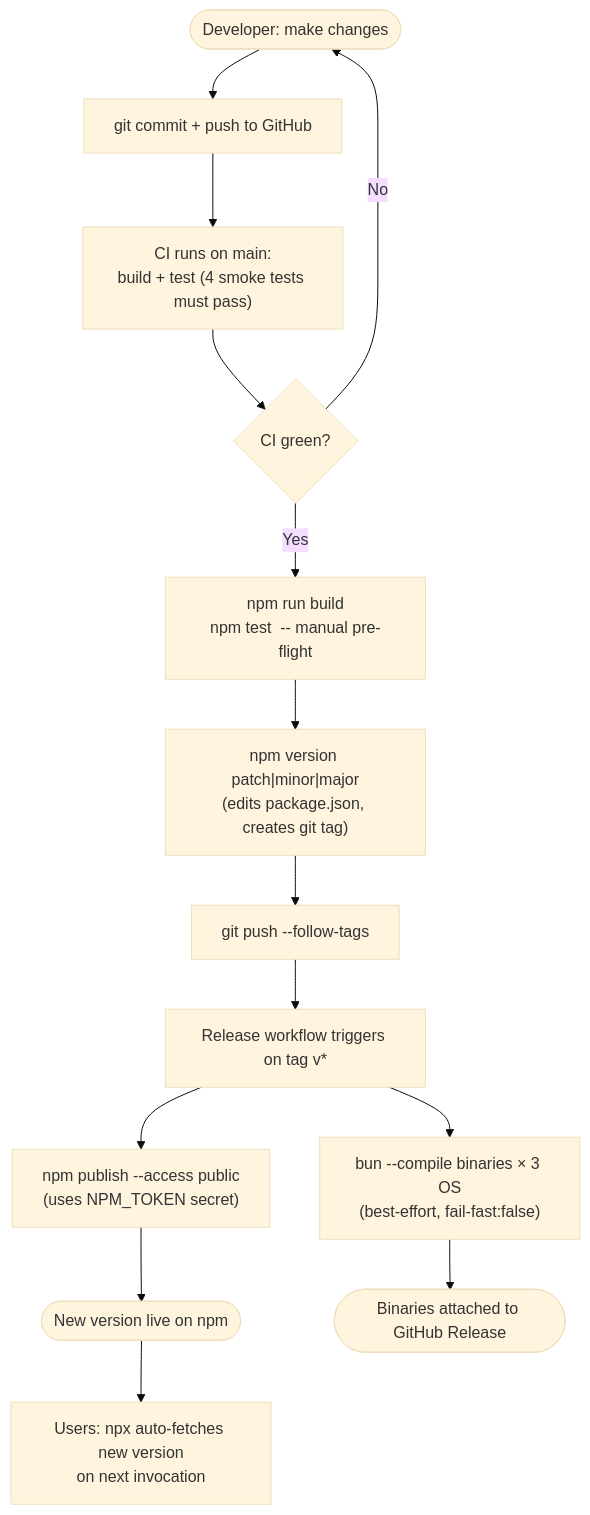
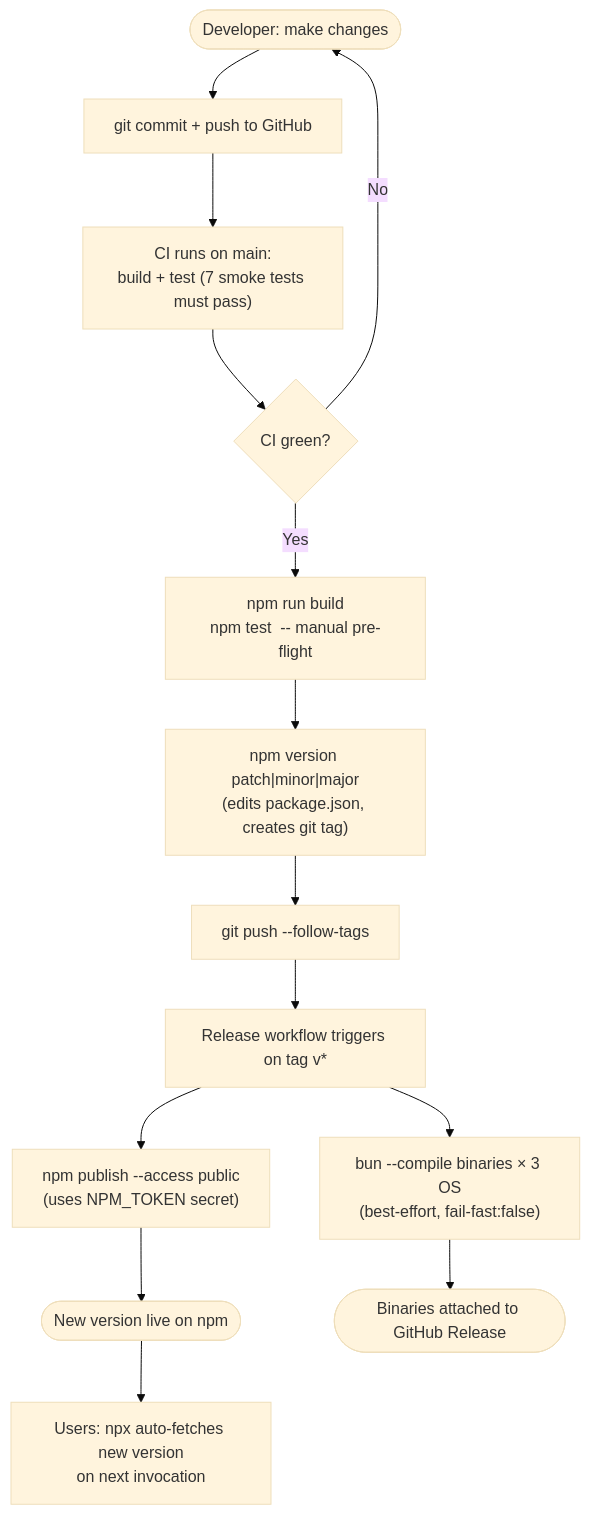
Before and after one commit to kyouscireul/saripati: the ninth of 10 diagrams in docs/lifecycle.md, drawn with Mermaid (base theme). The commit also changed other lines of this file and 26 other files, not shown here.

````diff
--- a/docs/lifecycle.md
+++ b/docs/lifecycle.md
@@ -169,17 +240,17 @@
 ```mermaid
 flowchart TD
     A([Developer: make changes]) --> B["git commit + push to GitHub"]
-    B --> C["CI runs on main:\nbuild + test (4 smoke tests must pass)"]
+    B --> C["CI runs on main:\nbuild + test (7 smoke tests must pass)"]
     C --> D{CI green?}
     D -->|No| A
     D -->|Yes| E["npm run build\nnpm test  -- manual pre-flight"]
     E --> F["npm version patch|minor|major\n(edits package.json, creates git tag)"]
     F --> G["git push --follow-tags"]
     G --> H["Release workflow triggers on tag v*"]
     H --> I["npm publish --access public\n(uses NPM_TOKEN secret)"]
     H --> J["bun --compile binaries × 3 OS\n(best-effort, fail-fast:false)"]
     I --> K([New version live on npm])
     J --> L([Binaries attached to GitHub Release])
 
     K --> M["Users: npx auto-fetches new version\non next invocation"]
 ```
````
